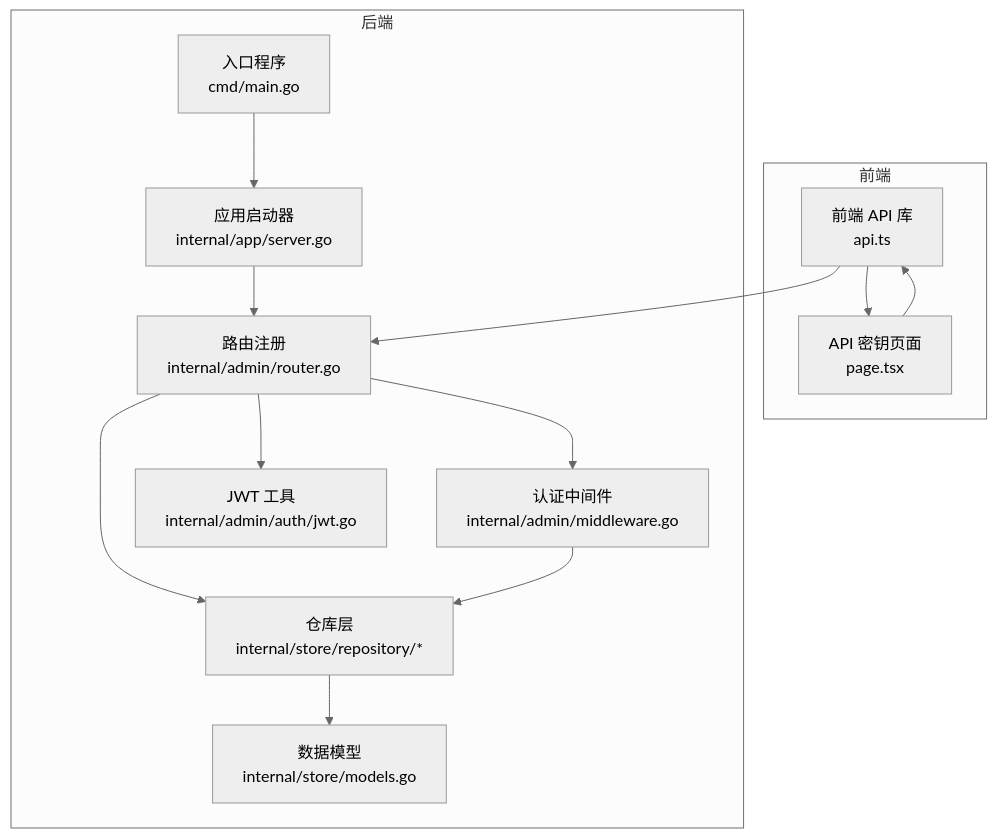
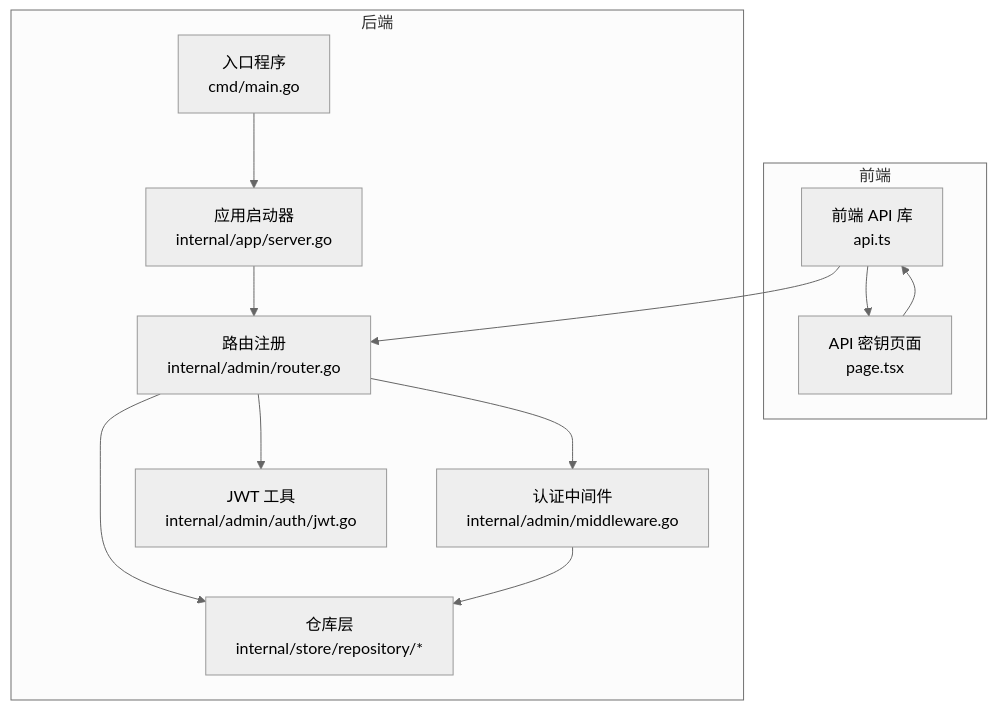
One commit to x01n/My-OpenWaf changed the first of 9 diagrams in docs/安全机制/API 密钥管理.md. Above: the diagram before and after it, drawn with Mermaid (neutral theme). The commit also changed other lines of this file and 199 other files, not shown here.

````diff
--- a/docs/安全机制/API 密钥管理.md
+++ b/docs/安全机制/API 密钥管理.md
@@ -41,26 +38,24 @@
 ```mermaid
 graph TB
 subgraph "前端"
 FE_API["前端 API 库<br/>api.ts"]
 FE_UI["API 密钥页面<br/>page.tsx"]
 end
 subgraph "后端"
 CMD["入口程序<br/>cmd/main.go"]
 APP["应用启动器<br/>internal/app/server.go"]
 ROUTER["路由注册<br/>internal/admin/router.go"]
 MWARE["认证中间件<br/>internal/admin/middleware.go"]
 REPO["仓库层<br/>internal/store/repository/*"]
-MODELS["数据模型<br/>internal/store/models.go"]
 AUTH["JWT 工具<br/>internal/admin/auth/jwt.go"]
 end
 FE_API --> FE_UI
 FE_UI --> FE_API
 FE_API --> ROUTER
 CMD --> APP
 APP --> ROUTER
 ROUTER --> MWARE
 ROUTER --> REPO
 MWARE --> REPO
-REPO --> MODELS
 ROUTER --> AUTH
 ```
````
